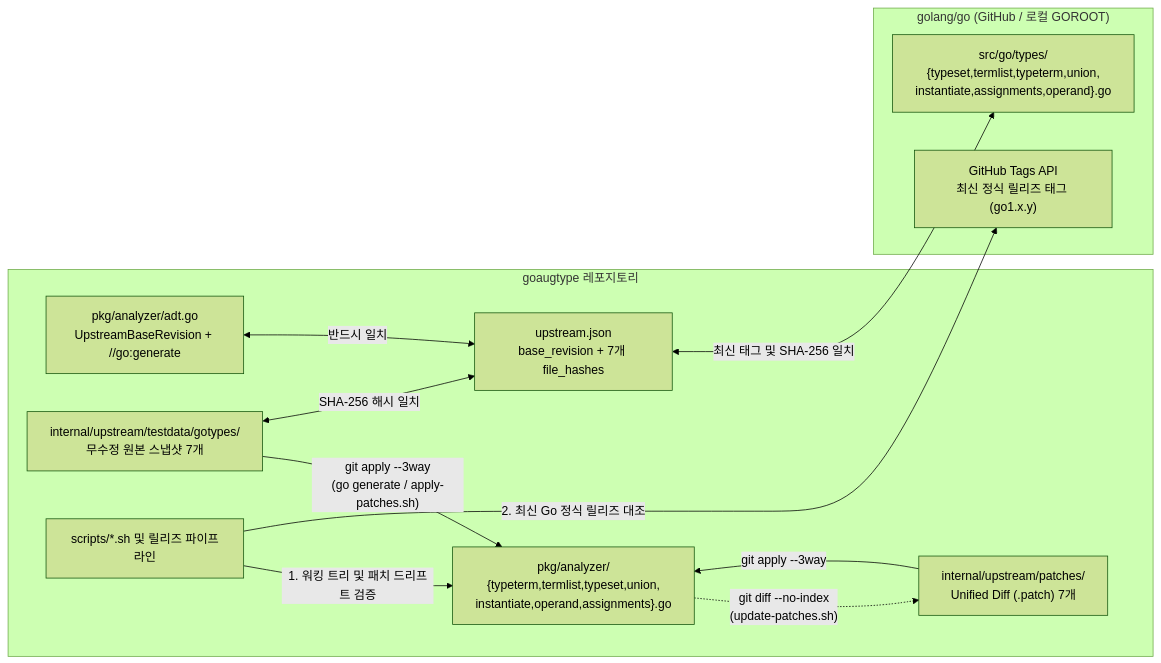
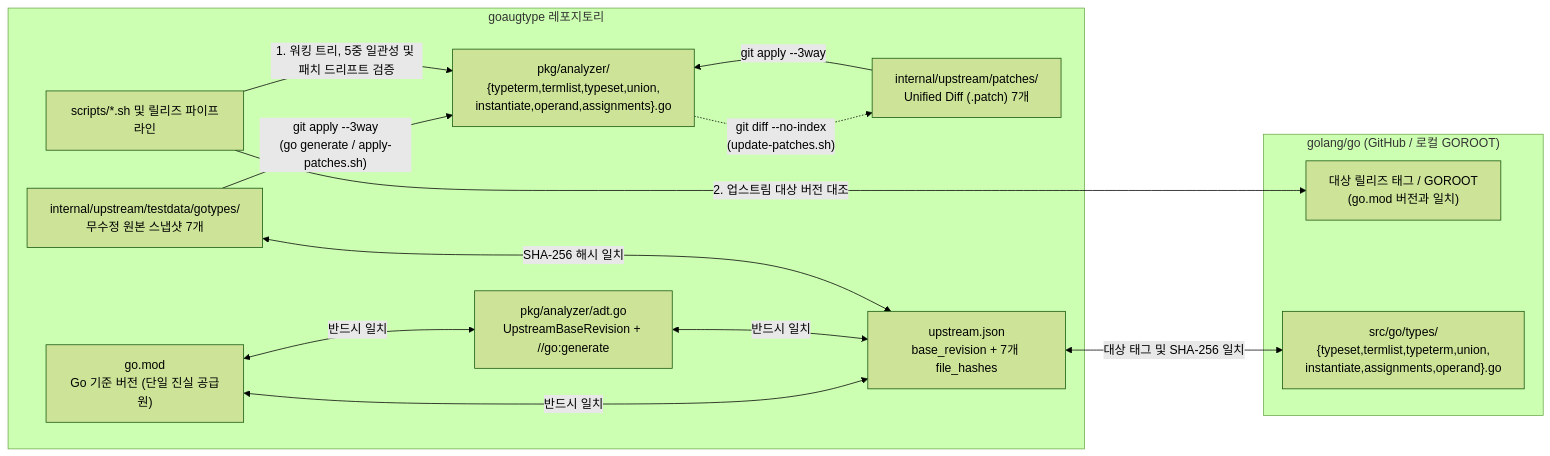
Before and after one commit to routis819/goaugtype: the seventh of 7 diagrams in docs/ARCHITECTURE.ko.md, drawn with Mermaid (forest theme). The commit also changed other lines of this file and 9 other files, not shown here.

````diff
--- a/docs/ARCHITECTURE.ko.md
+++ b/docs/ARCHITECTURE.ko.md
@@ -286,25 +286,28 @@
 ```mermaid
 flowchart LR
     subgraph Repo["goaugtype 레포지토리"]
+        GoMod["go.mod<br/>Go 기준 버전 (단일 진실 공급원)"]
         AdtConst["pkg/analyzer/adt.go<br/>UpstreamBaseRevision + //go:generate"]
         Snapshots["internal/upstream/testdata/gotypes/<br/>무수정 원본 스냅샷 7개"]
         Patches["internal/upstream/patches/<br/>Unified Diff (.patch) 7개"]
         Ported["pkg/analyzer/<br/>{typeterm,termlist,typeset,union,<br/>instantiate,operand,assignments}.go"]
         Config["upstream.json<br/>base_revision + 7개 file_hashes"]
         ReleaseSh["scripts/*.sh 및 릴리즈 파이프라인"]
     end
 
     subgraph Upstream["golang/go (GitHub / 로컬 GOROOT)"]
-        Tags["GitHub Tags API<br/>최신 정식 릴리즈 태그 (go1.x.y)"]
+        Tags["대상 릴리즈 태그 / GOROOT<br/>(go.mod 버전과 일치)"]
         Files["src/go/types/<br/>{typeset,termlist,typeterm,union,<br/>instantiate,assignments,operand}.go"]
     end
 
     Snapshots -->|"git apply --3way<br/>(go generate / apply-patches.sh)"| Ported
     Patches -->|"git apply --3way"| Ported
     Ported -. "git diff --no-index<br/>(update-patches.sh)" .-> Patches
-    ReleaseSh -->|"1. 워킹 트리 및 패치 드리프트 검증"| Ported
+    ReleaseSh -->|"1. 워킹 트리, 5중 일관성 및 패치 드리프트 검증"| Ported
+    GoMod <-->|"반드시 일치"| AdtConst
+    GoMod <-->|"반드시 일치"| Config
     AdtConst <-->|"반드시 일치"| Config
     Snapshots <-->|"SHA-256 해시 일치"| Config
-    Config <-->|"최신 태그 및 SHA-256 일치"| Files
-    ReleaseSh -->|"2. 최신 Go 정식 릴리즈 대조"| Tags
+    Config <-->|"대상 태그 및 SHA-256 일치"| Files
+    ReleaseSh -->|"2. 업스트림 대상 버전 대조"| Tags
 ```
````
